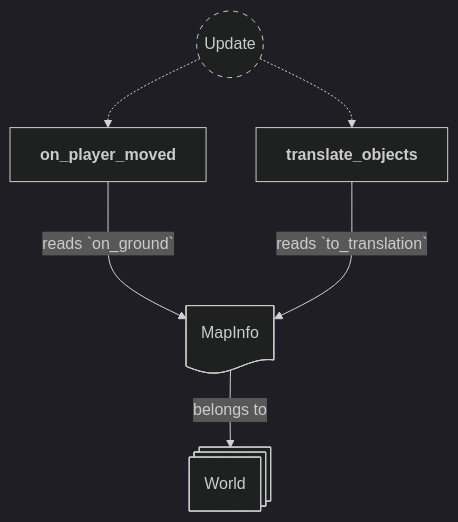
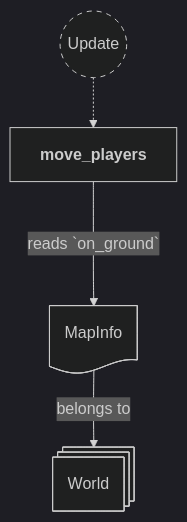
One commit to neurosoup/tyled changed the second of 3 diagrams in backlog/docs/doc-4 - 003-Movements-plugin.md. Above: the diagram before and after it, drawn with Mermaid. The commit also changed other lines of this file and 11 other files, not shown here.

````diff
--- a/backlog/docs/doc-4 - 003-Movements-plugin.md
+++ b/backlog/docs/doc-4 - 003-Movements-plugin.md
@@ -76,24 +64,21 @@
 ```mermaid
 ---
 config:
   theme: dark
 ---
 
 flowchart TD
 classDef system-group stroke-dasharray: 5 5
 
 update(("`Update`")):::system-group
-on_player_moved["`**on_player_moved**`"]
-translate_objects["`**translate_objects**`"]
+move_players["`**move_players**`"]
 
-update -.-> on_player_moved
-update -.-> translate_objects
+update -.-> move_players
 
 world@{ shape: st-rect, label: "World" }
 map_info_res@{ shape: doc, label: "MapInfo" }
 
 map_info_res --> |belongs to| world
 
-on_player_moved ---> |reads `on_ground`| map_info_res
-translate_objects ---> |reads `to_translation`| map_info_res
+move_players ---> |reads `on_ground`| map_info_res
 ```
````
